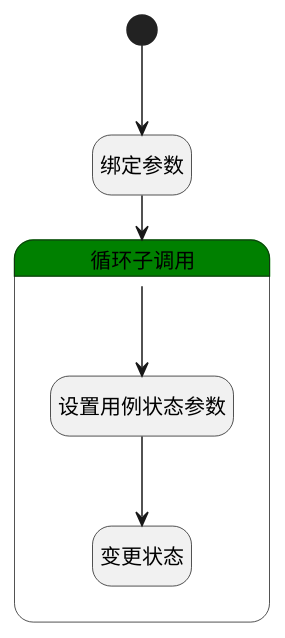
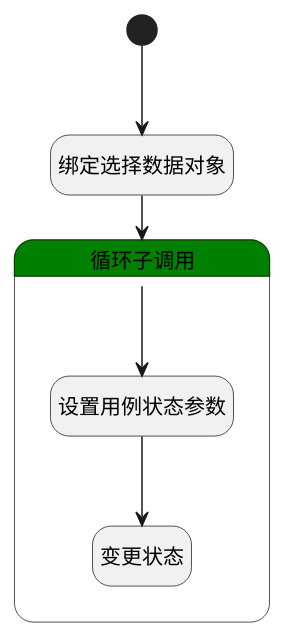
One commit to iBizLab/plm changed the diagram in doc/docsify/module/TestMgmt/test_case/logic/set_state.md. Above: the diagram before and after it, drawn with PlantUML. The commit also changed other lines of this file and 1778 other files, not shown here.

````diff
--- a/doc/docsify/module/TestMgmt/test_case/logic/set_state.md
+++ b/doc/docsify/module/TestMgmt/test_case/logic/set_state.md
@@ -7,26 +7,26 @@
 ```plantuml
 @startuml
 hide empty description
 <style>
 root {
   HyperlinkColor #42b983
 }
 </style>
 
 hide empty description
 state "开始" as Begin <<start>> [[$./set_state#begin {"开始"}]]
-state "绑定参数" as BINDPARAM1  [[$./set_state#bindparam1 {"绑定参数"}]]
+state "绑定选择数据对象" as BINDPARAM1  [[$./set_state#bindparam1 {"绑定选择数据对象"}]]
 state "循环子调用" as LOOPSUBCALL1  [[$./set_state#loopsubcall1 {"循环子调用"}]] #green {
 state "设置用例状态参数" as PREPAREPARAM2  [[$./set_state#prepareparam2 {"设置用例状态参数"}]]
 state "变更状态" as DEACTION1  [[$./set_state#deaction1 {"变更状态"}]]
 }
 
 
 Begin --> BINDPARAM1
 BINDPARAM1 --> LOOPSUBCALL1
 LOOPSUBCALL1 --> PREPAREPARAM2
 PREPAREPARAM2 --> DEACTION1
 
 
 @enduml
 ```
````
